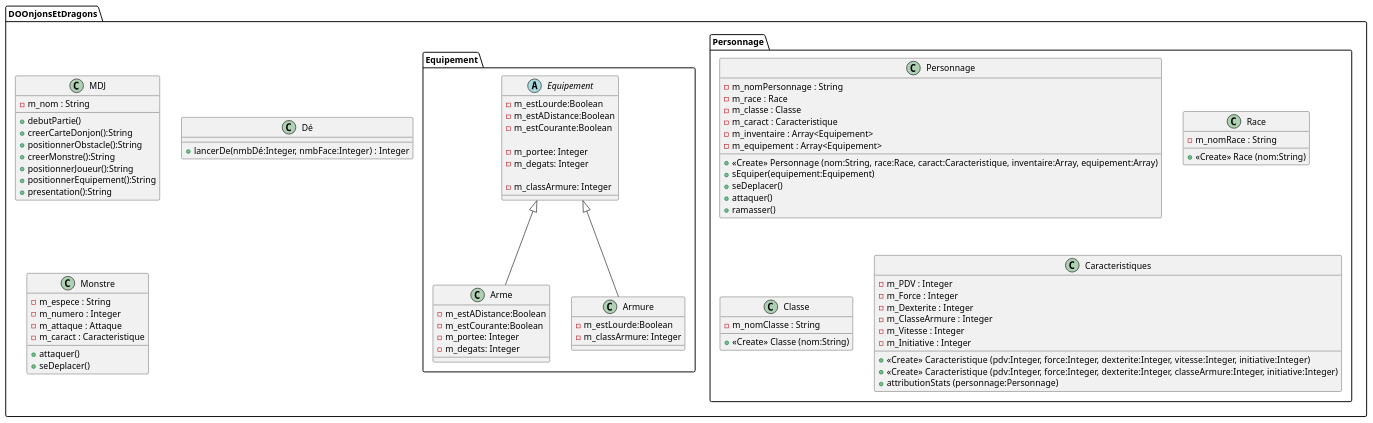
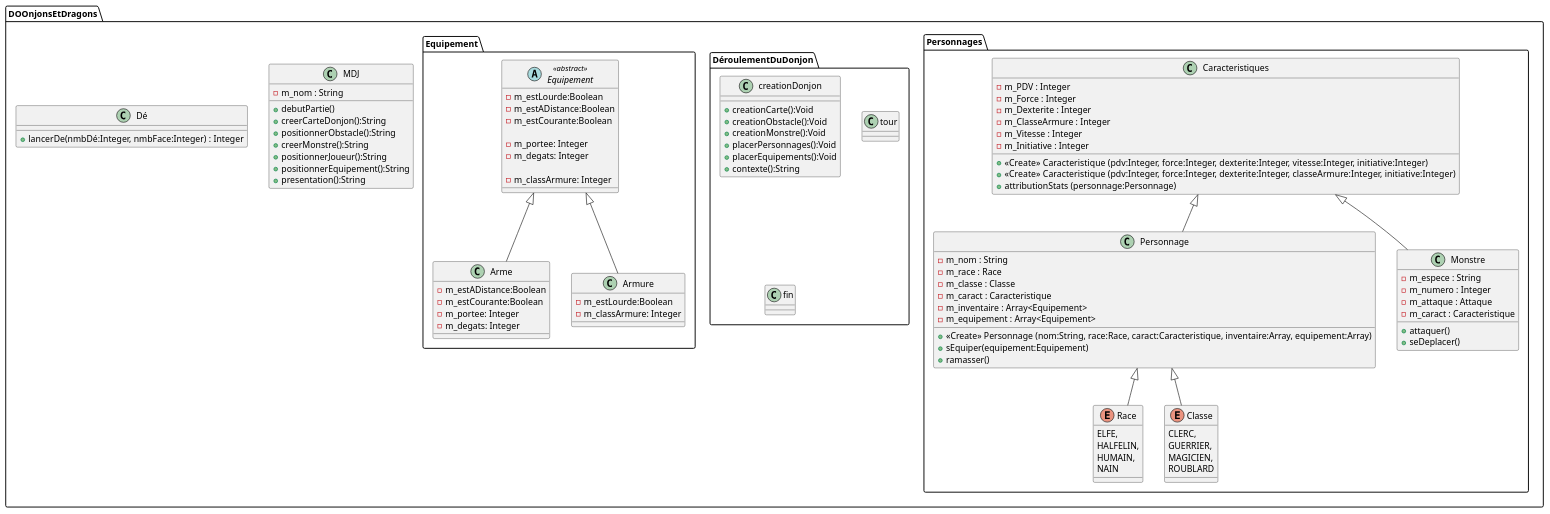
One commit to Erm5s/jeu-donjon-et-dragons changed the diagram in uml/semaine1.puml. Above: the diagram before and after it, drawn with PlantUML.

Commit message:
MAJ UML Personnages et ajout classe Donjon

```diff
--- a/uml/semaine1.puml
+++ b/uml/semaine1.puml
@@ -1,105 +1,133 @@
 @startuml
 scale 1
 package DOOnjonsEtDragons
 {
-    package Personnage
+    package Personnages
     {
         class Personnage
         {
-            - m_nomPersonnage : String
+            - m_nom : String
             - m_race : Race
             - m_classe : Classe
             - m_caract : Caracteristique
             - m_inventaire : Array<Equipement>
             - m_equipement : Array<Equipement>
             + <<Create>> Personnage (nom:String, race:Race, caract:Caracteristique, inventaire:Array, equipement:Array)
             + sEquiper(equipement:Equipement)
-            + seDeplacer()
-            + attaquer()
             + ramasser()
         }
 
-        class Race
+        class Monstre
         {
-            - m_nomRace : String
-            + <<Create>> Race (nom:String)
+            - m_espece : String
+            - m_numero : Integer
+            - m_attaque : Attaque
+            - m_caract : Caracteristique
+            + attaquer()
+            + seDeplacer()
         }
 
-        class Classe
+        enum Race
         {
-            - m_nomClasse : String
-            + <<Create>> Classe (nom:String)
+            ELFE,
+            HALFELIN,
+            HUMAIN,
+            NAIN
         }
 
-
+        enum Classe
+        {
+            CLERC,
+            GUERRIER,
+            MAGICIEN,
+            ROUBLARD
+        }
 
         class Caracteristiques
         {
             - m_PDV : Integer
             - m_Force : Integer
             - m_Dexterite : Integer
             - m_ClasseArmure : Integer
             - m_Vitesse : Integer
             - m_Initiative : Integer
             + <<Create>> Caracteristique (pdv:Integer, force:Integer, dexterite:Integer, vitesse:Integer, initiative:Integer)
             + <<Create>> Caracteristique (pdv:Integer, force:Integer, dexterite:Integer, classeArmure:Integer, initiative:Integer)
             + attributionStats (personnage:Personnage)
+        }
+    }
+
+    package DéroulementDuDonjon
+    {
+        class creationDonjon
+        {
+            + creationCarte():Void
+            + creationObstacle():Void
+            + creationMonstre():Void
+            + placerPersonnages():Void
+            + placerEquipements():Void
+            + contexte():String
+        }
+        class tour
+        {
+
+        }
+        class fin
+        {
+
         }
     }
 
     class MDJ
     {
         - m_nom : String
         + debutPartie()
         + creerCarteDonjon():String
         + positionnerObstacle():String
         + creerMonstre():String
         + positionnerJoueur():String
         + positionnerEquipement():String
         + presentation():String
     }
 
     class Dé
     {
         + lancerDe(nmbDé:Integer, nmbFace:Integer) : Integer
     }
 
-    class Monstre
+
+    package Equipement
     {
-        - m_espece : String
-        - m_numero : Integer
-        - m_attaque : Attaque
-        - m_caract : Caracteristique
-        + attaquer()
-        + seDeplacer()
+        abstract class Equipement <<abstract>>
+        {
+            - m_estLourde:Boolean
+            - m_estADistance:Boolean
+            - m_estCourante:Boolean
+
+            - m_portee: Integer
+            - m_degats: Integer
+
+            - m_classArmure: Integer
+        }
+
+        class Arme extends Equipement
+        {
+            - m_estADistance:Boolean
+            - m_estCourante:Boolean
+            - m_portee: Integer
+            - m_degats: Integer
+
+        }
+
+        class Armure extends Equipement
+        {
+            - m_estLourde:Boolean
+            - m_classArmure: Integer
+        }
     }
-package Equipement
-{
-    Abstract class Equipement
-    {
-        - m_estLourde:Boolean
-        - m_estADistance:Boolean
-        - m_estCourante:Boolean
-
-        - m_portee: Integer
-        - m_degats: Integer
-
-        - m_classArmure: Integer
-    }
-    class Arme extends Equipement
-    {
-        - m_estADistance:Boolean
-        - m_estCourante:Boolean
-        - m_portee: Integer
-        - m_degats: Integer
-
-    }
-    class Armure extends Equipement
-    {
-        - m_estLourde:Boolean
-        - m_classArmure: Integer
-    }
-}
-
+Caracteristiques <|-- Personnage
+Caracteristiques <|-- Monstre
+Personnage <|-- Classe
+Personnage <|-- Race
 }
 @enduml
```
